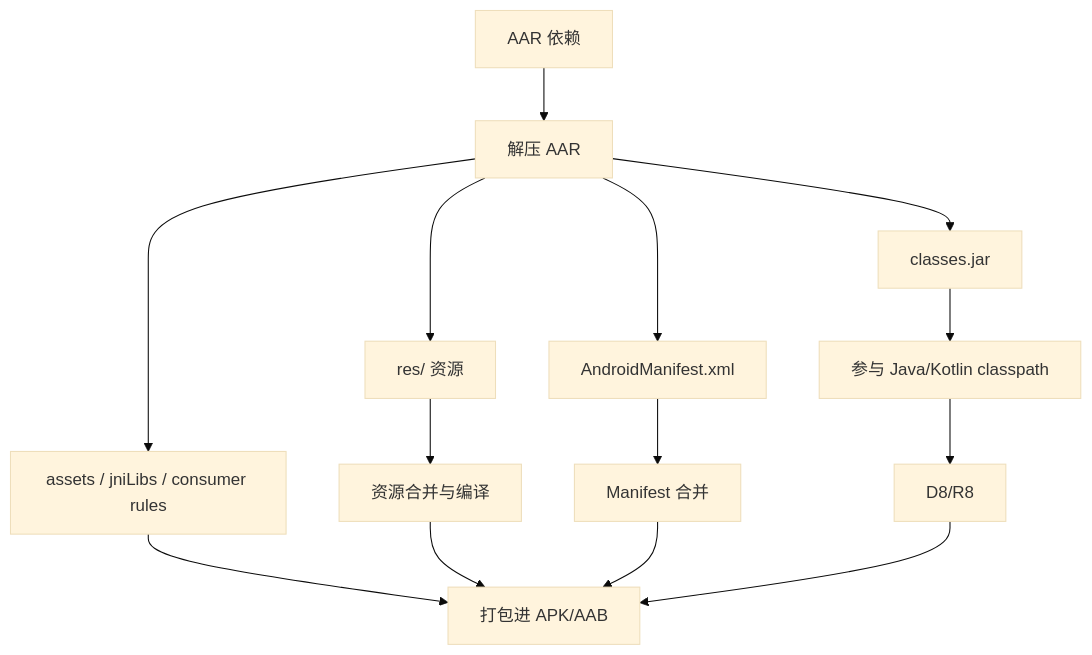
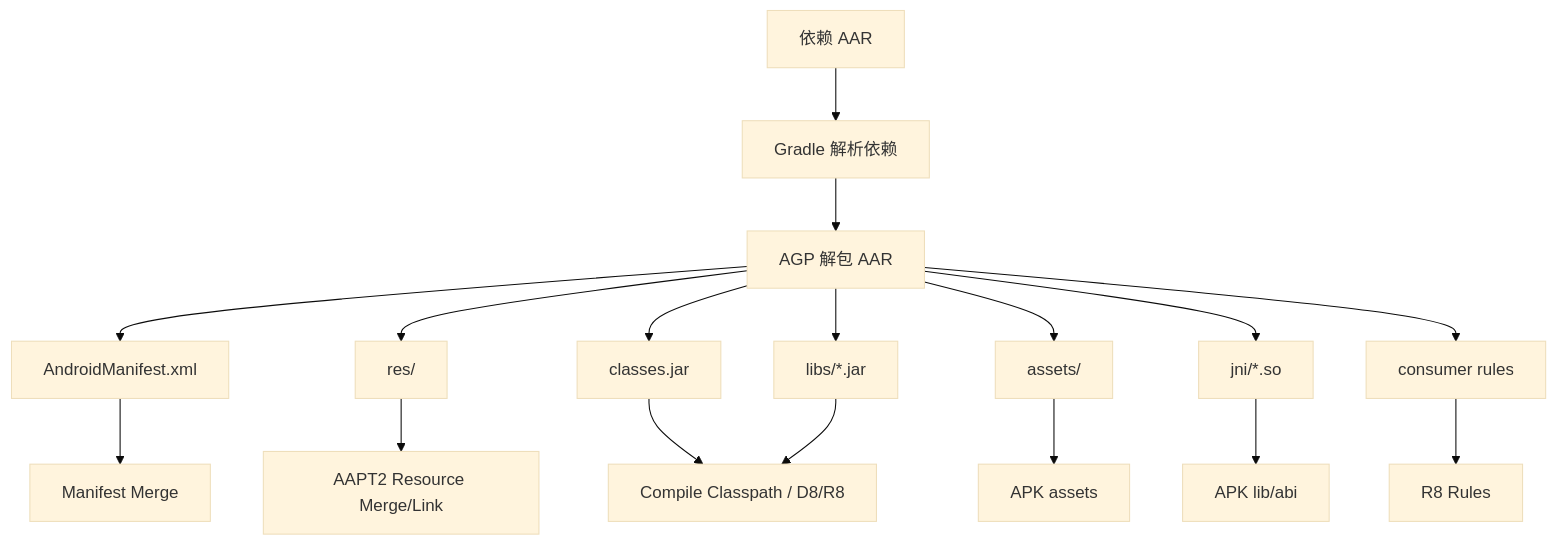
Before and after one commit to junyingzhao001/StudyNotes: the second of 3 diagrams in android插件相关/Android打包流程.md, drawn with Mermaid (base theme). The commit also changed other lines of this file and 3 other files, not shown here.

````diff
--- a/android插件相关/Android打包流程.md
+++ b/android插件相关/Android打包流程.md
@@ -1512,16 +1521,19 @@
 ```mermaid
-flowchart TB
-  AAR["AAR 依赖"] --> Unzip["解压 AAR"]
-  Unzip --> Classes["classes.jar"]
-  Unzip --> Res["res/ 资源"]
-  Unzip --> Manifest["AndroidManifest.xml"]
-  Unzip --> Assets["assets / jniLibs / consumer rules"]
-  Classes --> Compile["参与 Java/Kotlin classpath"]
-  Res --> MergeRes["资源合并与编译"]
-  Manifest --> MergeManifest["Manifest 合并"]
-  Assets --> Package["打包进 APK/AAB"]
-  Compile --> D8["D8/R8"]
-  MergeRes --> Package
-  MergeManifest --> Package
-  D8 --> Package
+flowchart TD
+    A["依赖 AAR"] --> B["Gradle 解析依赖"]
+    B --> C["AGP 解包 AAR"]
+    C --> D["AndroidManifest.xml"]
+    C --> E["res/"]
+    C --> F["classes.jar"]
+    C --> G["libs/*.jar"]
+    C --> H["assets/"]
+    C --> I["jni/*.so"]
+    C --> J["consumer rules"]
+    D --> K["Manifest Merge"]
+    E --> L["AAPT2 Resource Merge/Link"]
+    F --> M["Compile Classpath / D8/R8"]
+    G --> M
+    H --> N["APK assets"]
+    I --> O["APK lib/abi"]
+    J --> P["R8 Rules"]
 ```
````
